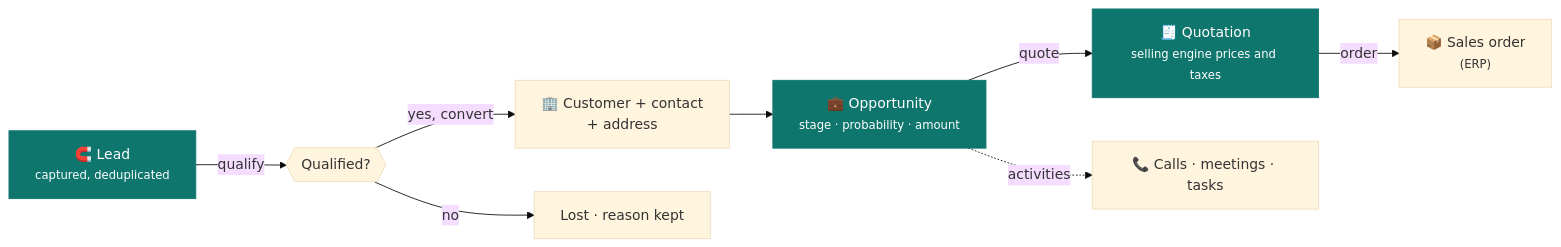
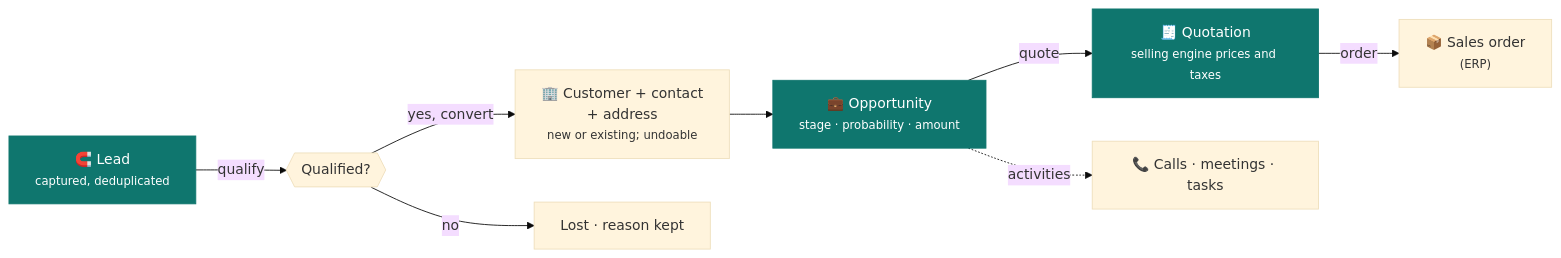
The first of 3 diagrams in README.md (CBFerrum/ferrum-app-crm), drawn with Mermaid (base theme) before and after one commit. The commit also changed other lines of this file and 1 other file, not shown here.

````diff
--- a/README.md
+++ b/README.md
@@ -101,12 +101,12 @@
 ```mermaid
 flowchart LR
     L["🧲 Lead<br/><small>captured, deduplicated</small>"] -->|qualify| Q{{"Qualified?"}}
-    Q -->|yes, convert| C["🏢 Customer + contact<br/>+ address"]
+    Q -->|yes, convert| C["🏢 Customer + contact<br/>+ address<br/><small>new or existing; undoable</small>"]
     Q -->|no| X["Lost · reason kept"]
     C --> O["💼 Opportunity<br/><small>stage · probability · amount</small>"]
     O -->|quote| QT["🧾 Quotation<br/><small>selling engine prices and taxes</small>"]
     QT -->|order| SO["📦 Sales order<br/><small>(ERP)</small>"]
     O -.->|activities| A["📞 Calls · meetings · tasks"]
     classDef app fill:#0f766e,color:#fff,stroke:#0f766e
     class L,O,QT app
 ```
````
